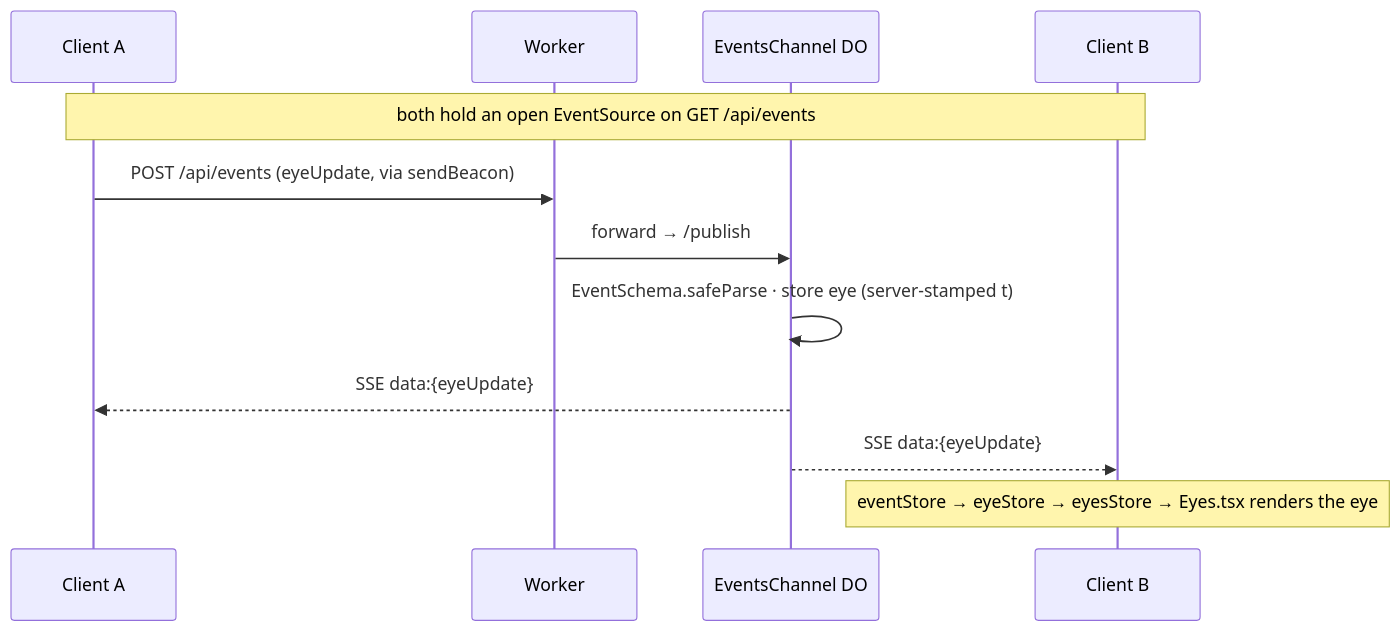
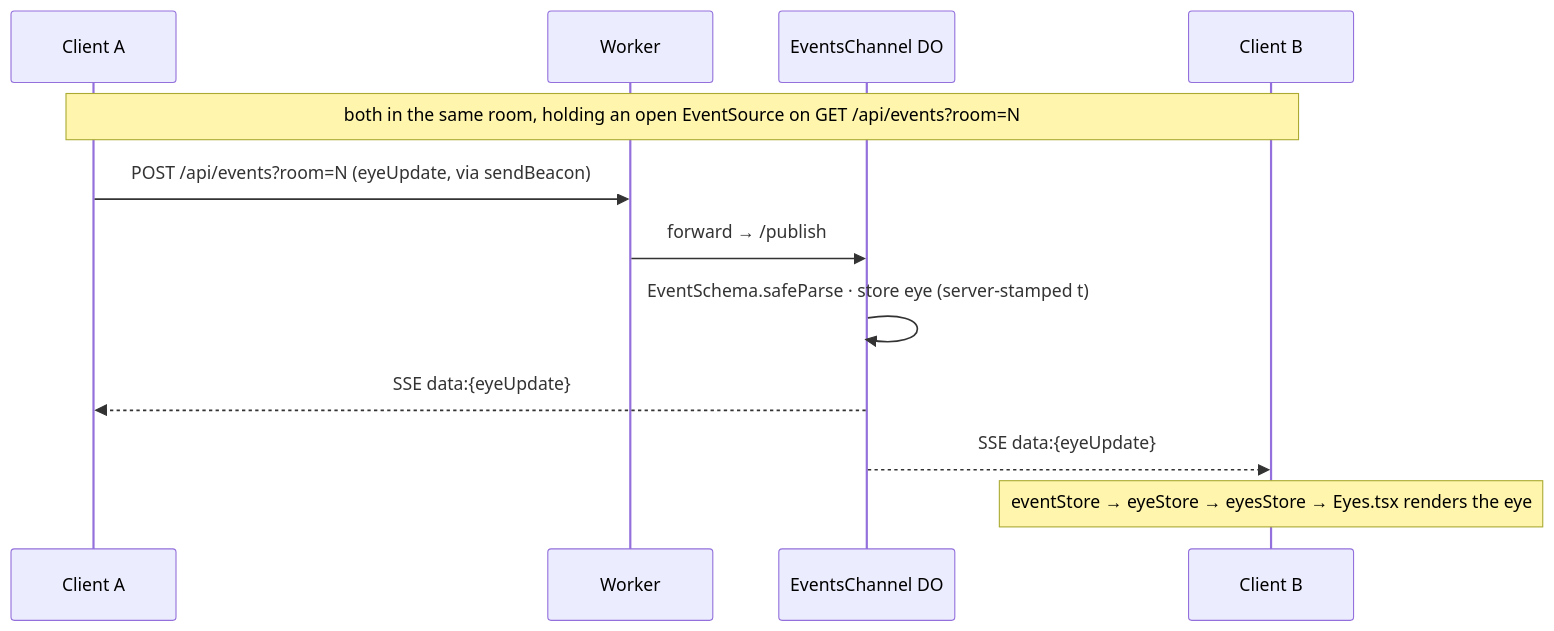
Before and after one commit to rgilks/planeto: the diagram in AGENTS.md, drawn with Mermaid. The commit also changed other lines of this file and 5 other files, not shown here.

First line of the commit message:
docs: align docs + system diagram with room sharding

````diff
--- a/AGENTS.md
+++ b/AGENTS.md
@@ -65,14 +65,14 @@
 ```mermaid
 sequenceDiagram
     participant A as Client A
     participant W as Worker
     participant DO as EventsChannel DO
     participant B as Client B
-    Note over A,B: both hold an open EventSource on GET /api/events
-    A->>W: POST /api/events (eyeUpdate, via sendBeacon)
+    Note over A,B: both in the same room, holding an open EventSource on GET /api/events?room=N
+    A->>W: POST /api/events?room=N (eyeUpdate, via sendBeacon)
     W->>DO: forward → /publish
     DO->>DO: EventSchema.safeParse · store eye (server-stamped t)
     DO-->>A: SSE data:{eyeUpdate}
     DO-->>B: SSE data:{eyeUpdate}
     Note over B: eventStore → eyeStore → eyesStore → Eyes.tsx renders the eye
 ```
````
